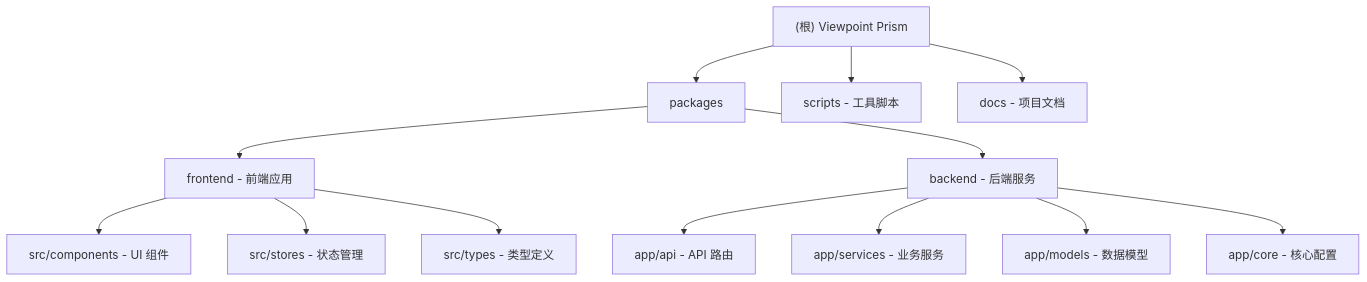
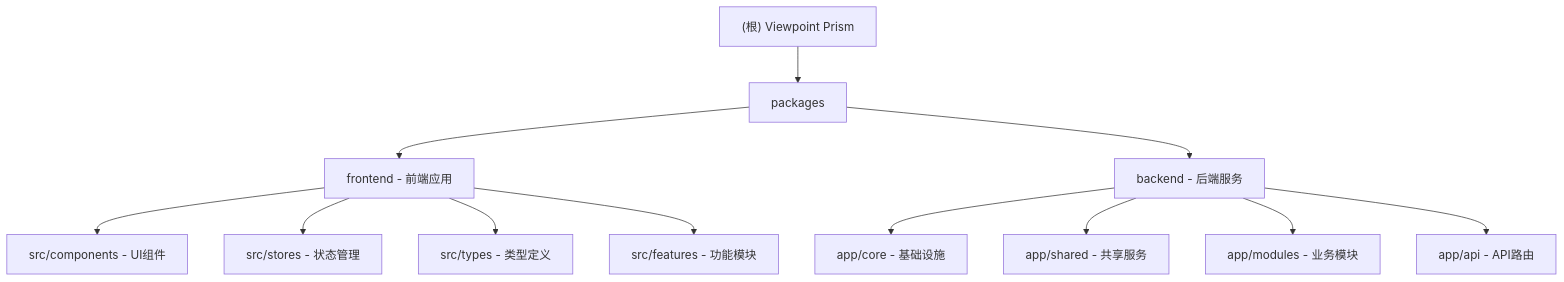
Before and after one commit to zengyi-thinking/Viewpoint_Prism: the diagram in CLAUDE.md, drawn with Mermaid. The commit also changed other lines of this file and 149 other files, not shown here.

````diff
--- a/CLAUDE.md
+++ b/CLAUDE.md
@@ -30,21 +139,16 @@
 ```mermaid
 graph TD
-    A["(根) Viewpoint Prism"] --> B["packages"];
-    B --> C["frontend - 前端应用"];
-    B --> D["backend - 后端服务"];
+    A["(根) Viewpoint Prism"] --> B["packages"]
+    B --> C["frontend - 前端应用"]
+    B --> D["backend - 后端服务"]
 
-    C --> C1["src/components - UI 组件"];
-    C --> C2["src/stores - 状态管理"];
-    C --> C3["src/types - 类型定义"];
+    C --> C1["src/components - UI组件"]
+    C --> C2["src/stores - 状态管理"]
+    C --> C3["src/types - 类型定义"]
+    C --> C4["src/features - 功能模块"]
 
-    D --> D1["app/api - API 路由"];
-    D --> D2["app/services - 业务服务"];
-    D --> D3["app/models - 数据模型"];
-    D --> D4["app/core - 核心配置"];
-
-    A --> E["scripts - 工具脚本"];
-    A --> F["docs - 项目文档"];
-
-    click C "./packages/frontend/CLAUDE.md" "查看前端模块文档"
-    click D "./packages/backend/CLAUDE.md" "查看后端模块文档"
+    D --> D1["app/core - 基础设施"]
+    D --> D2["app/shared - 共享服务"]
+    D --> D3["app/modules - 业务模块"]
+    D --> D4["app/api - API路由"]
 ```
````
